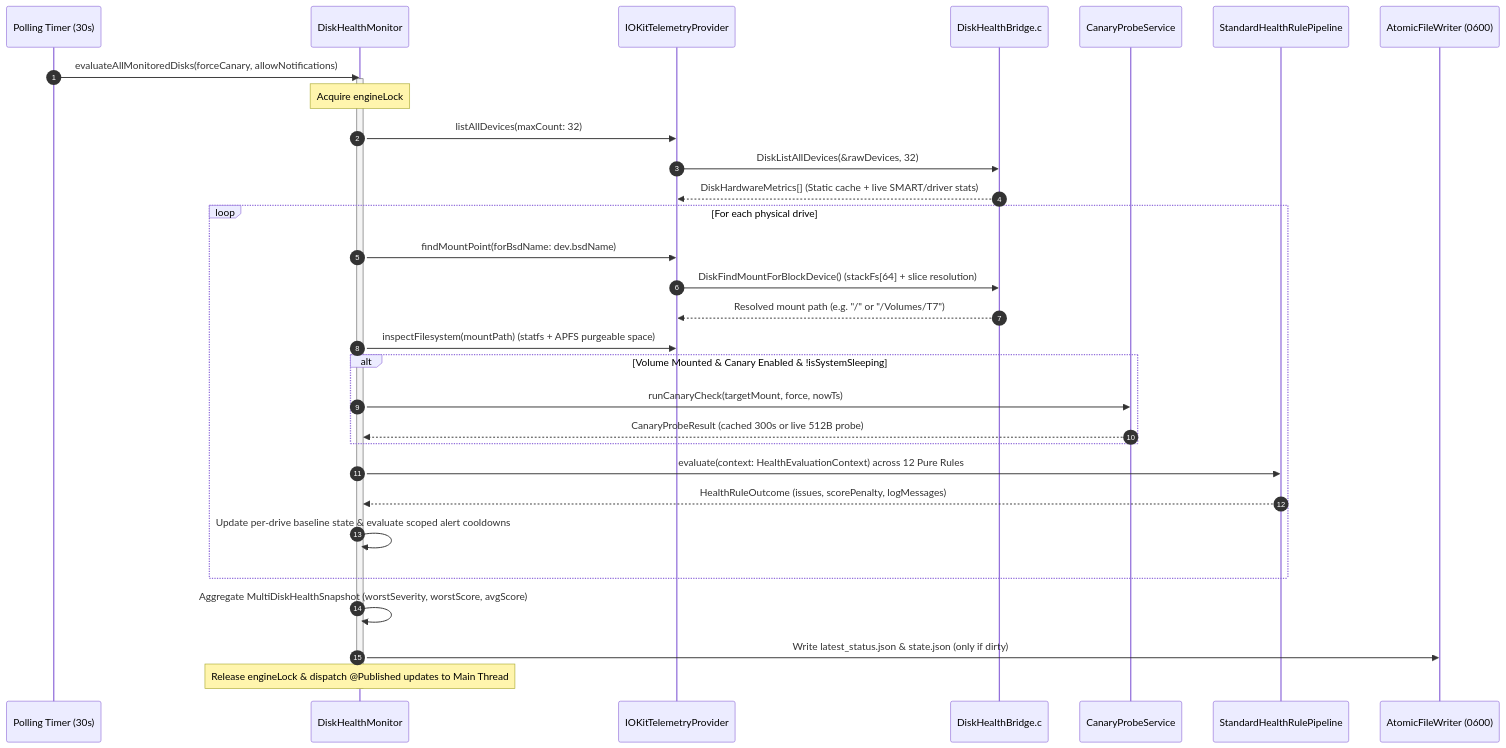
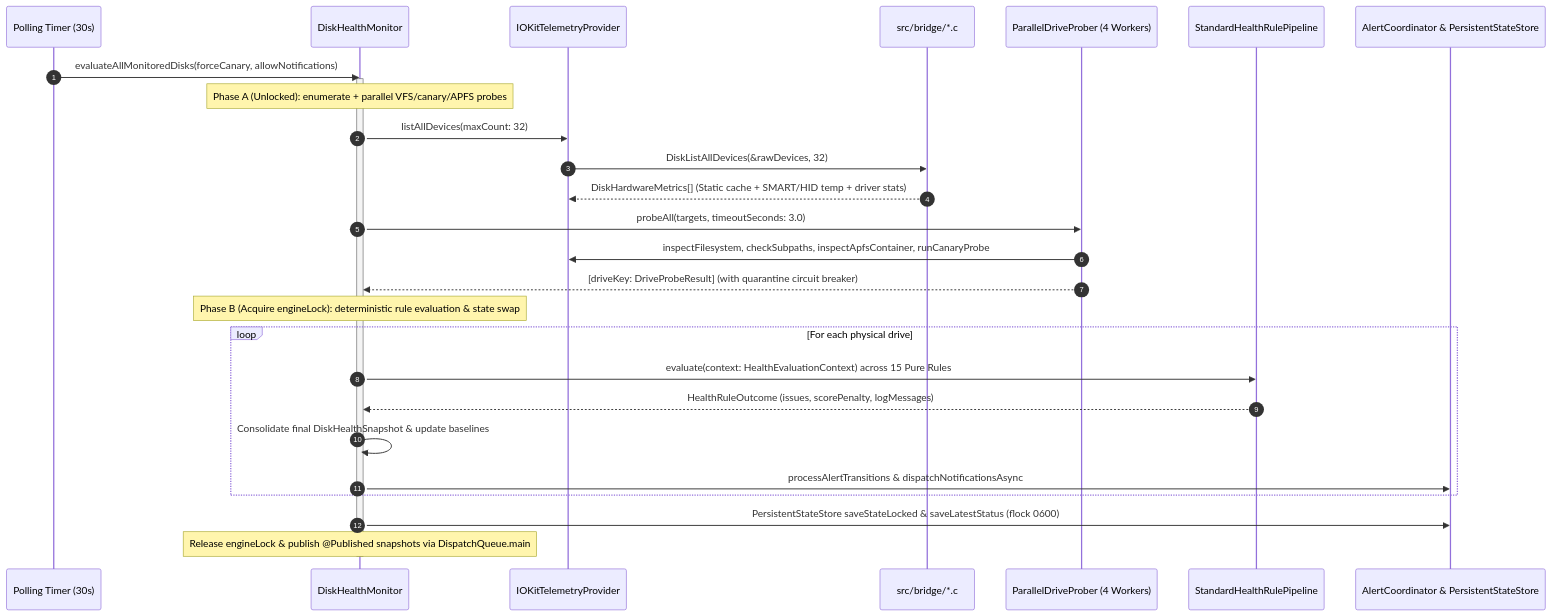
One commit to nikoskoutr/disk-health-monitor changed the fifth of 10 diagrams in ARCHITECTURE.md. Above: the diagram before and after it, drawn with Mermaid. The commit also changed other lines of this file and 51 other files, not shown here.

````diff
--- a/ARCHITECTURE.md
+++ b/ARCHITECTURE.md
@@ -257,35 +281,31 @@
 ```mermaid
 sequenceDiagram
     autonumber
     participant Timer as Polling Timer (30s)
     participant Mon as DiskHealthMonitor
     participant Prov as IOKitTelemetryProvider
-    participant Bridge as DiskHealthBridge.c
-    participant Canary as CanaryProbeService
+    participant Bridge as src/bridge/*.c
+    participant Prober as ParallelDriveProber (4 Workers)
     participant Rules as StandardHealthRulePipeline
-    participant Disk as AtomicFileWriter (0600)
+    participant Alerts as AlertCoordinator & PersistentStateStore
 
     Timer->>Mon: evaluateAllMonitoredDisks(forceCanary, allowNotifications)
     activate Mon
-    Note over Mon: Acquire engineLock
+    Note over Mon: Phase A (Unlocked): enumerate + parallel VFS/canary/APFS probes
     Mon->>Prov: listAllDevices(maxCount: 32)
     Prov->>Bridge: DiskListAllDevices(&rawDevices, 32)
-    Bridge-->>Prov: DiskHardwareMetrics[] (Static cache + live SMART/driver stats)
+    Bridge-->>Prov: DiskHardwareMetrics[] (Static cache + SMART/HID temp + driver stats)
+    Mon->>Prober: probeAll(targets, timeoutSeconds: 3.0)
+    Prober->>Prov: inspectFilesystem, checkSubpaths, inspectApfsContainer, runCanaryProbe
+    Prober-->>Mon: [driveKey: DriveProbeResult] (with quarantine circuit breaker)
+    Note over Mon: Phase B (Acquire engineLock): deterministic rule evaluation & state swap
     loop For each physical drive
-        Mon->>Prov: findMountPoint(forBsdName: dev.bsdName)
-        Prov->>Bridge: DiskFindMountForBlockDevice() (stackFs[64] + slice resolution)
-        Bridge-->>Prov: Resolved mount path (e.g. "/" or "/Volumes/T7")
-        Mon->>Prov: inspectFilesystem(mountPath) (statfs + APFS purgeable space)
-        alt Volume Mounted & Canary Enabled & !isSystemSleeping
-            Mon->>Canary: runCanaryCheck(targetMount, force, nowTs)
-            Canary-->>Mon: CanaryProbeResult (cached 300s or live 512B probe)
-        end
-        Mon->>Rules: evaluate(context: HealthEvaluationContext) across 12 Pure Rules
+        Mon->>Rules: evaluate(context: HealthEvaluationContext) across 15 Pure Rules
         Rules-->>Mon: HealthRuleOutcome (issues, scorePenalty, logMessages)
-        Mon->>Mon: Update per-drive baseline state & evaluate scoped alert cooldowns
+        Mon->>Mon: Consolidate final DiskHealthSnapshot & update baselines
+        Mon->>Alerts: processAlertTransitions & dispatchNotificationsAsync
     end
-    Mon->>Mon: Aggregate MultiDiskHealthSnapshot (worstSeverity, worstScore, avgScore)
-    Mon->>Disk: Write latest_status.json & state.json (only if dirty)
-    Note over Mon: Release engineLock & dispatch @Published updates to Main Thread
+    Mon->>Alerts: PersistentStateStore saveStateLocked & saveLatestStatus (flock 0600)
+    Note over Mon: Release engineLock & publish @Published snapshots via DispatchQueue.main
     deactivate Mon
 ```
````
